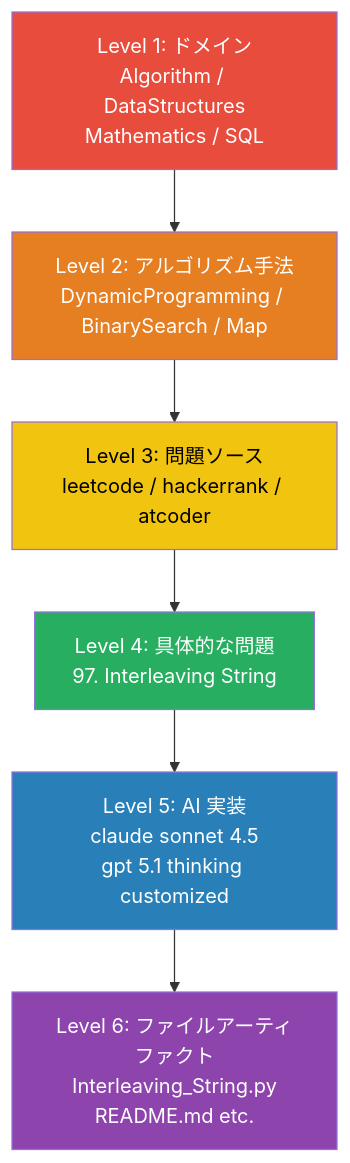
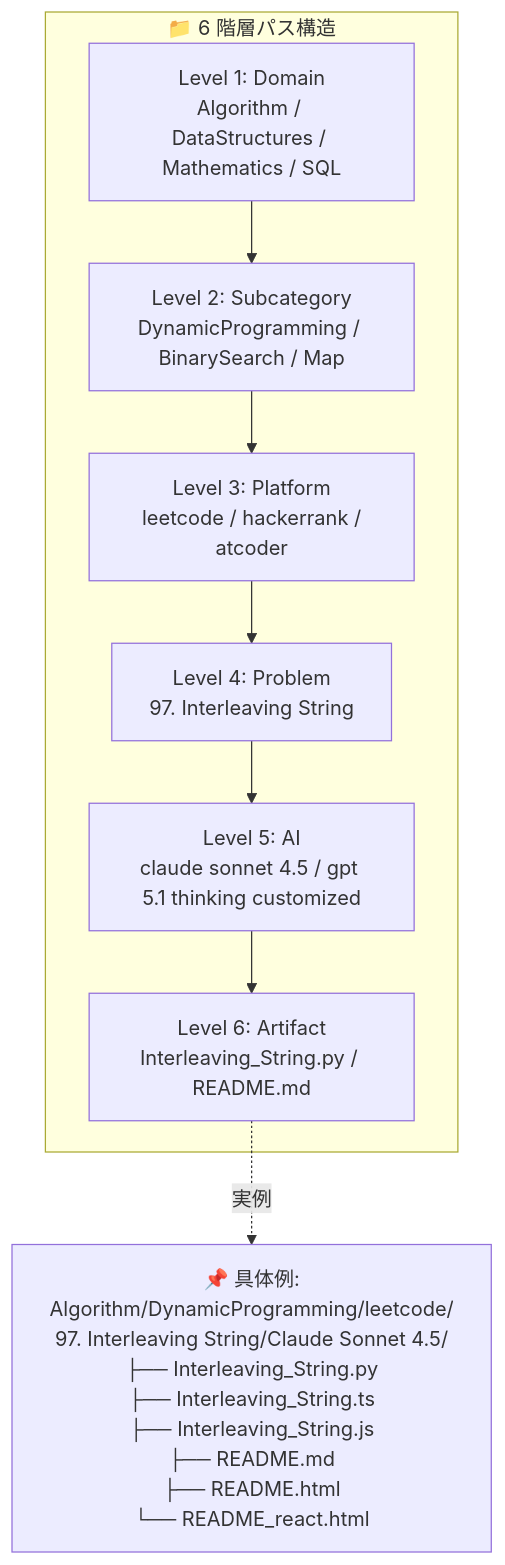
The second of 8 diagrams in README.md (myoshi2891/Algorithm-DataStructures-Math-SQL), drawn with Mermaid before and after one commit. The commit also changed other lines of this file, not shown here.

````diff
--- a/README.md
+++ b/README.md
@@ -90,18 +64,17 @@
 ```mermaid
-graph TD
-    L1["Level 1: ドメイン<br>Algorithm / DataStructures<br>Mathematics / SQL"]
-    L2["Level 2: アルゴリズム手法<br>DynamicProgramming / BinarySearch / Map"]
-    L3["Level 3: 問題ソース<br>leetcode / hackerrank / atcoder"]
-    L4["Level 4: 具体的な問題<br>97. Interleaving String"]
-    L5["Level 5: AI 実装<br>claude sonnet 4.5<br>gpt 5.1 thinking customized"]
-    L6["Level 6: ファイルアーティファクト<br>Interleaving_String.py<br>README.md etc."]
+flowchart TD
+    subgraph HIERARCHY["📁 6 階層パス構造"]
+        L1["Level 1: Domain<br>Algorithm / DataStructures / Mathematics / SQL"]
+        L2["Level 2: Subcategory<br>DynamicProgramming / BinarySearch / Map"]
+        L3["Level 3: Platform<br> leetcode / hackerrank / atcoder"]
+        L4["Level 4: Problem<br>97. Interleaving String"]
+        L5["Level 5: AI<br>claude sonnet 4.5 / gpt 5.1 thinking customized"]
+        L6["Level 6: Artifact<br>Interleaving_String.py / README.md"]
+    end
 
     L1 --> L2 --> L3 --> L4 --> L5 --> L6
 
-    style L1 fill:#E74C3C,color:#fff
-    style L2 fill:#E67E22,color:#fff
-    style L3 fill:#F1C40F,color:#000
-    style L4 fill:#27AE60,color:#fff
-    style L5 fill:#2980B9,color:#fff
-    style L6 fill:#8E44AD,color:#fff
+    EXAMPLE["📌 具体例:<br>Algorithm/DynamicProgramming/leetcode/<br>97. Interleaving String/Claude Sonnet 4.5/<br>├── Interleaving_String.py<br>├── Interleaving_String.ts<br>├── Interleaving_String.js<br>├── README.md<br>├── README.html<br>└── README_react.html"]
+
+    L6 -. "実例" .-> EXAMPLE
 ```
````
